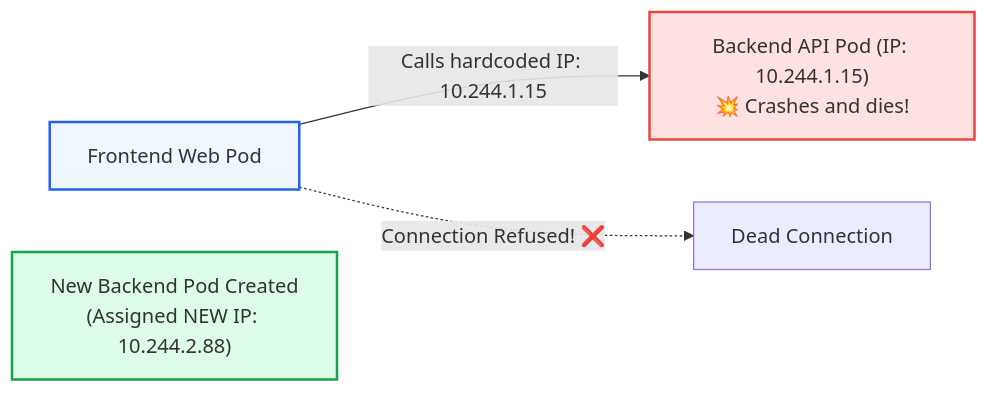
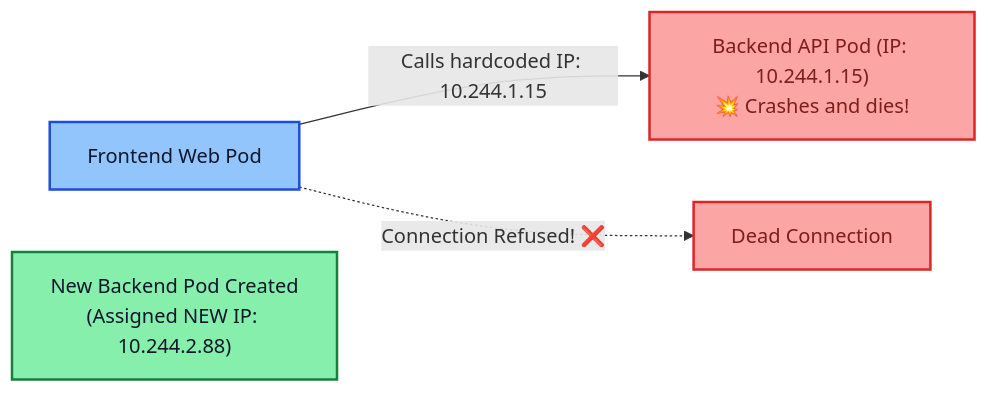
Before and after one commit to PandeyKishan/Study-Notes: the first of 4 diagrams in 02-Kubernetes/03-Networking-Services-and-Ingress.md, drawn with Mermaid. The commit also changed other lines of this file and 22 other files, not shown here.

Commit message:
docs: enhance diagram visibility with high-contrast palette and add concise book definitions

````diff
--- a/02-Kubernetes/03-Networking-Services-and-Ingress.md
+++ b/02-Kubernetes/03-Networking-Services-and-Ingress.md
@@ -16,10 +16,11 @@
 ```mermaid
 flowchart LR
     Front["Frontend Web Pod"] -->|Calls hardcoded IP: 10.244.1.15| BackOld["Backend API Pod (IP: 10.244.1.15)\n💥 Crashes and dies!"]
     Front -.->|Connection Refused! ❌| Dead[Dead Connection]
     NewBack["New Backend Pod Created\n(Assigned NEW IP: 10.244.2.88)"]
 
-    style Front fill:#eff6ff,stroke:#2563eb,stroke-width:2px
-    style BackOld fill:#fee2e2,stroke:#ef4444,stroke-width:2px
-    style NewBack fill:#dcfce7,stroke:#16a34a,stroke-width:2px
+    style Front fill:#93c5fd,stroke:#1d4ed8,stroke-width:2px,color:#0f172a
+    style BackOld fill:#fca5a5,stroke:#dc2626,stroke-width:2px,color:#7f1d1d
+    style Dead fill:#fca5a5,stroke:#dc2626,stroke-width:2px,color:#7f1d1d
+    style NewBack fill:#86efac,stroke:#15803d,stroke-width:2px,color:#0f172a
 ```
````
